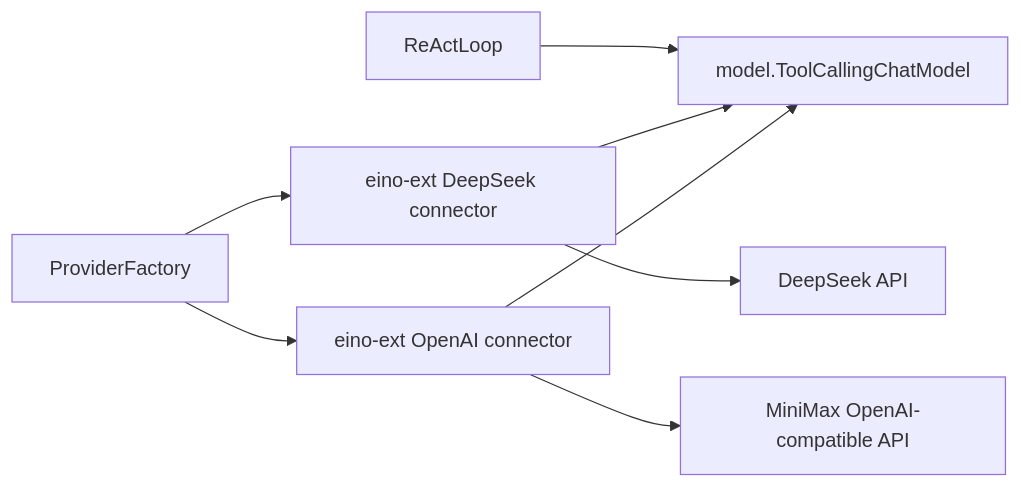
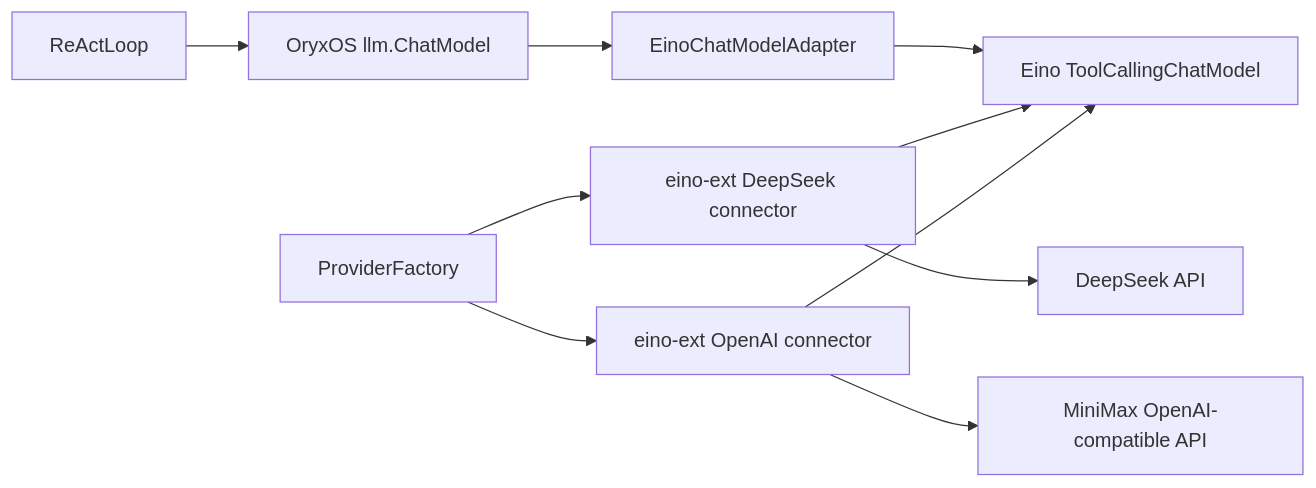
The second of 5 diagrams in docs/TechnicalSolution.md (Karlsk/oryxos-go), drawn with Mermaid before and after one commit. The commit also changed other lines of this file and 15 other files, not shown here.

Commit message:
docs: isolate Eino behind OryxOS model port

````diff
--- a/docs/TechnicalSolution.md
+++ b/docs/TechnicalSolution.md
@@ -150,10 +150,12 @@
 ```mermaid
 flowchart LR
-    R["ReActLoop"] --> M["model.ToolCallingChatModel"]
+    R["ReActLoop"] --> P["OryxOS llm.ChatModel"]
+    P --> A["EinoChatModelAdapter"]
+    A --> M["Eino ToolCallingChatModel"]
     F["ProviderFactory"] --> D["eino-ext DeepSeek connector"]
     F --> O["eino-ext OpenAI connector"]
     D --> M
     O --> M
     D --> DS["DeepSeek API"]
     O --> MM["MiniMax OpenAI-compatible API"]
 ```
````
